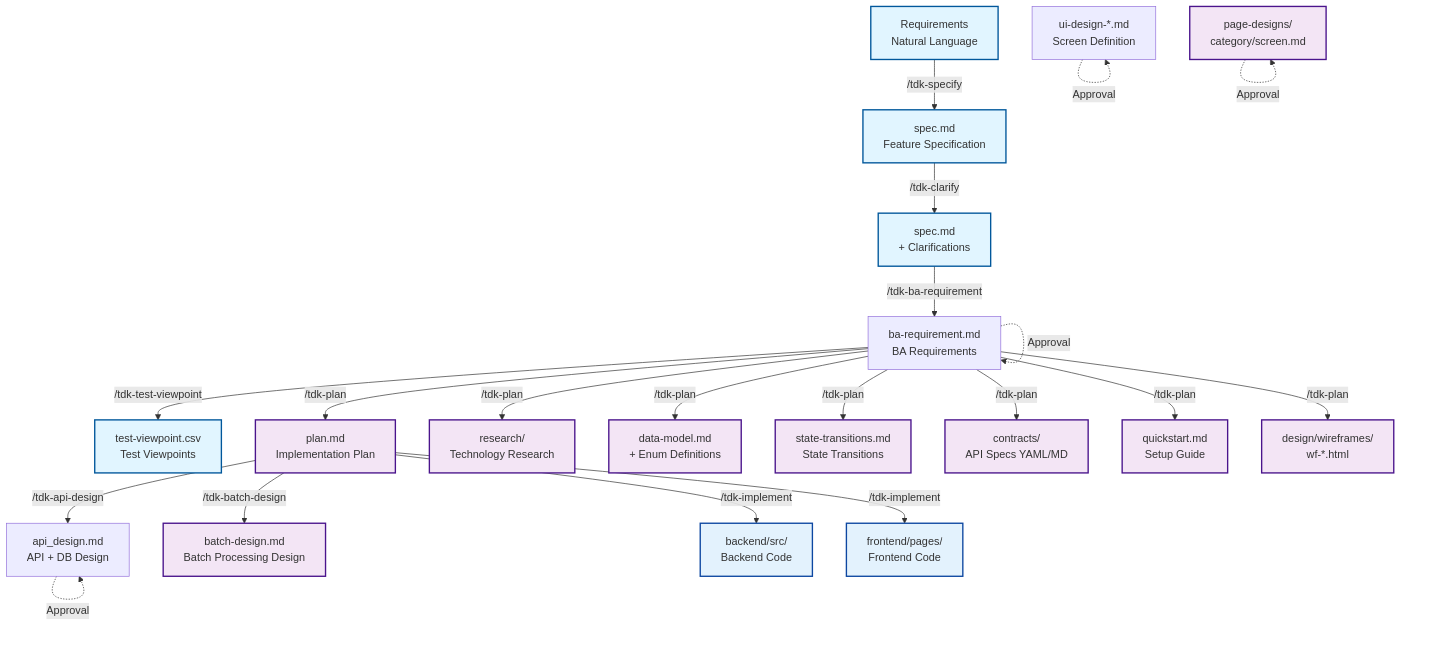
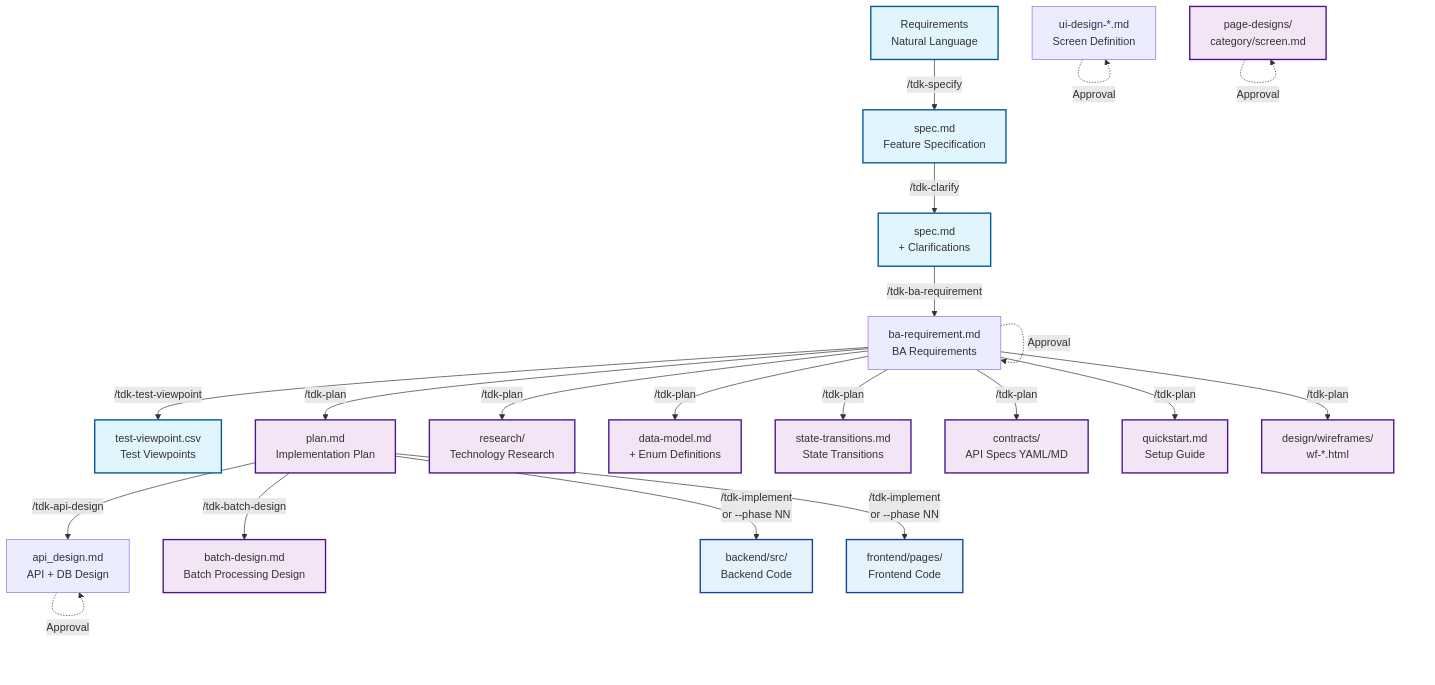
One commit to vinhltt/tdk changed the first of 8 diagrams in .specify/docs/guides/document-flow.md. Above: the diagram before and after it, drawn with Mermaid. The commit also changed other lines of this file and 19 other files, not shown here.

````diff
--- a/.specify/docs/guides/document-flow.md
+++ b/.specify/docs/guides/document-flow.md
@@ -10,51 +10,51 @@
 ```mermaid
 flowchart TD
     %% Phase 0: Specification
     REQ[Requirements<br/>Natural Language]
 
     %% Phase 0: Feature Specification
     REQ -->|/tdk-specify| SPEC[spec.md<br/>Feature Specification]
     SPEC -->|/tdk-clarify| SPEC_CLARIFIED[spec.md<br/>+ Clarifications]
     SPEC_CLARIFIED -->|/tdk-ba-requirement| BA_REQ[ba-requirement.md<br/>BA Requirements]
     BA_REQ -.->|Approval| BA_REQ
     BA_REQ -->|/tdk-test-viewpoint| TEST_VP[test-viewpoint.csv<br/>Test Viewpoints]
 
     %% Phase 1: Architecture & Design
     BA_REQ -->|/tdk-plan| PLAN[plan.md<br/>Implementation Plan]
     BA_REQ -->|/tdk-plan| RESEARCH[research/<br/>Technology Research]
     BA_REQ -->|/tdk-plan| DATAMODEL[data-model.md<br/>+ Enum Definitions]
     BA_REQ -->|/tdk-plan| STATETRANS[state-transitions.md<br/>State Transitions]
     BA_REQ -->|/tdk-plan| CONTRACTS[contracts/<br/>API Specs YAML/MD]
     BA_REQ -->|/tdk-plan| QUICKSTART[quickstart.md<br/>Setup Guide]
     BA_REQ -->|/tdk-plan| WIREFRAMES[design/wireframes/<br/>wf-*.html]
 
     %% Phase 1: Detailed Design & Approval
     PLAN -->|/tdk-api-design| API_DESIGN[api_design.md<br/>API + DB Design]
     PLAN -->|/tdk-batch-design| BATCH_DESIGN[batch-design.md<br/>Batch Processing Design]
     PAGEDESIGNS[page-designs/<br/>category/screen.md]
     UI_DESIGN[ui-design-*.md<br/>Screen Definition]
     API_DESIGN -.->|Approval| API_DESIGN
     UI_DESIGN -.->|Approval| UI_DESIGN
     PAGEDESIGNS -.->|Approval| PAGEDESIGNS
 
     %% Phase 2: Implementation (Solo Path - Primary)
-    PLAN -->|/tdk-implement| CODE_BE[backend/src/<br/>Backend Code]
-    PLAN -->|/tdk-implement| CODE_FE[frontend/pages/<br/>Frontend Code]
+    PLAN -->|/tdk-implement<br/>or --phase NN| CODE_BE[backend/src/<br/>Backend Code]
+    PLAN -->|/tdk-implement<br/>or --phase NN| CODE_FE[frontend/pages/<br/>Frontend Code]
 
     %% Styling
     classDef phase0 fill:#e1f5ff,stroke:#01579b,stroke-width:2px
     classDef phase1 fill:#f3e5f5,stroke:#4a148c,stroke-width:2px
     classDef phase2 fill:#fff3e0,stroke:#e65100,stroke-width:2px
     classDef phase3 fill:#e8f5e9,stroke:#1b5e20,stroke-width:2px
     classDef phase4 fill:#fff9c4,stroke:#f57f17,stroke-width:2px
     classDef phase5 fill:#ffebee,stroke:#b71c1c,stroke-width:2px
     classDef reference fill:#f5f5f5,stroke:#616161,stroke-width:1px,stroke-dasharray: 5 5
     classDef code fill:#e3f2fd,stroke:#0d47a1,stroke-width:2px
     classDef infra fill:#fce4ec,stroke:#880e4f,stroke-width:2px
 
     class REQ,SPEC,SPEC_CLARIFIED phase0
     class PLAN,RESEARCH,DATAMODEL,STATETRANS,CONTRACTS,QUICKSTART,WIREFRAMES,PAGEDESIGNS,BATCH_DESIGN phase1
     class TEST_VP phase0
     class CONSTITUTION,UIUX,REF_DATAMODEL,REF_STATE reference
     class CODE_BE,CODE_FE,TESTS code
 ```
````
